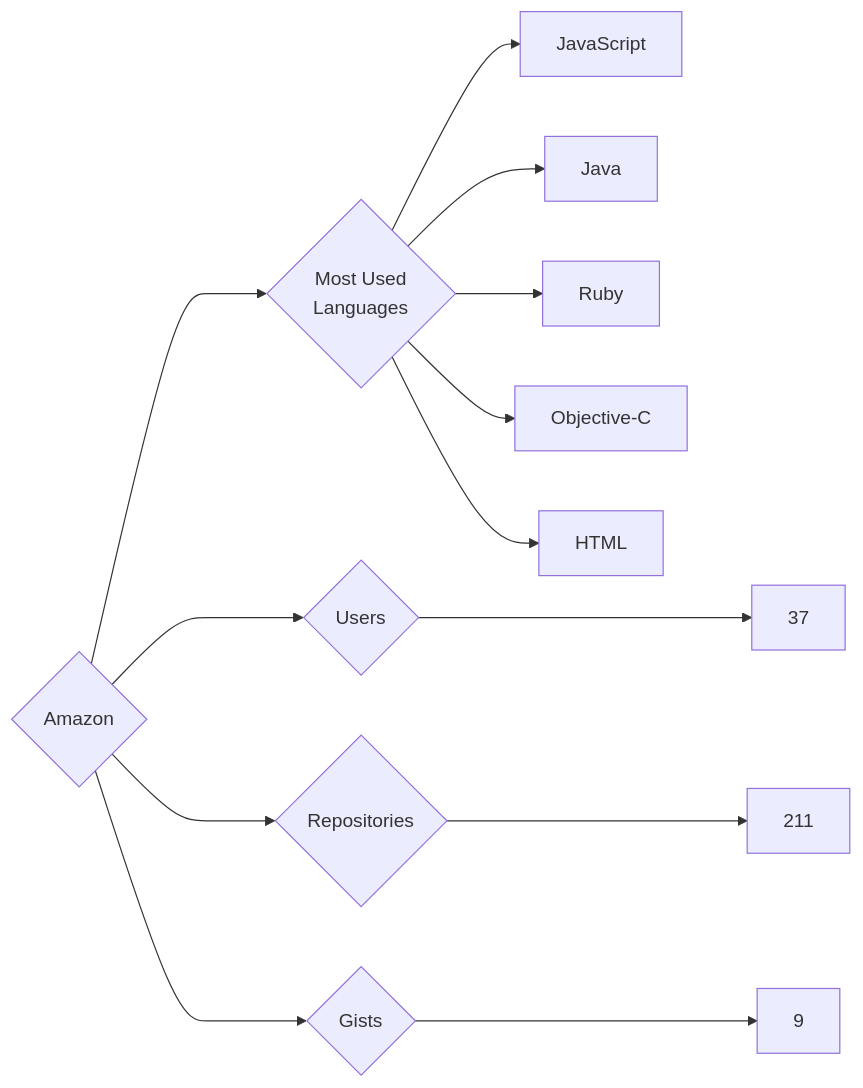
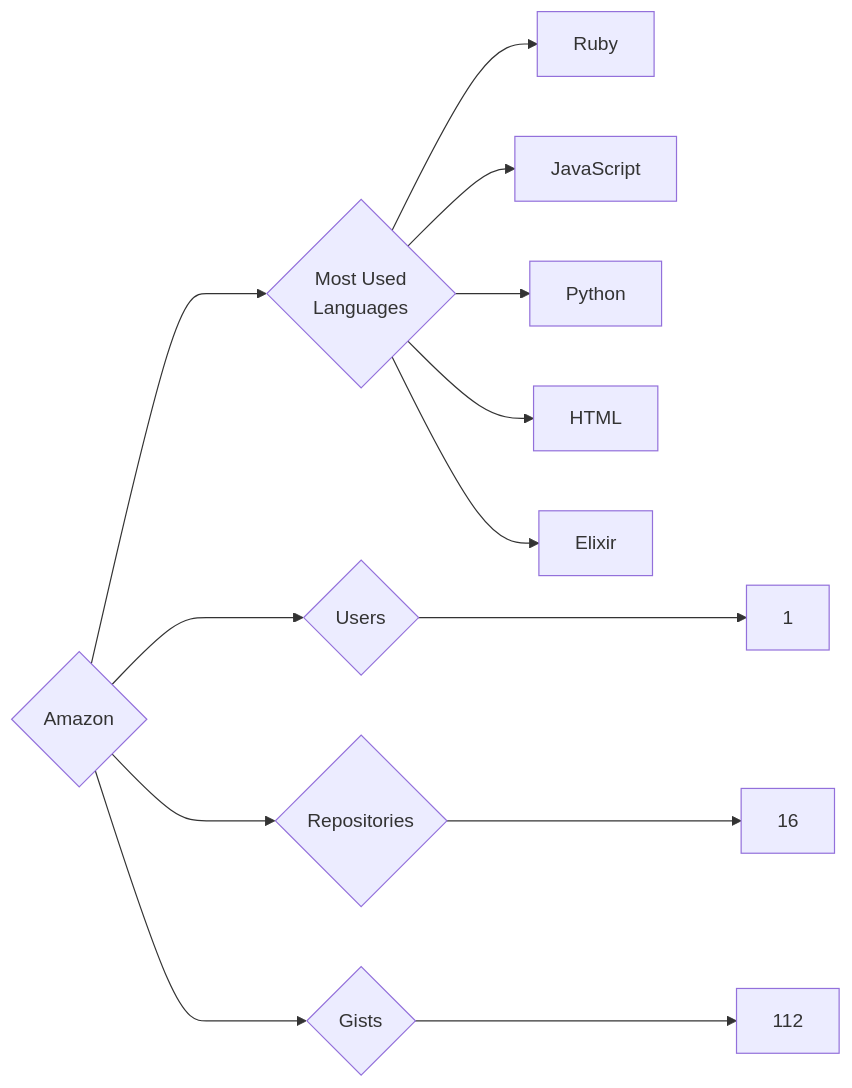
One commit to trickest/insiders changed the diagram in targets/Amazon/README.md. Above: the diagram before and after it, drawn with Mermaid. The commit also changed 927 other files, not shown here.

````diff
--- a/targets/Amazon/README.md
+++ b/targets/Amazon/README.md
@@ -3,13 +3,13 @@
 ```mermaid
 graph LR
 COMPANY_NAME{Amazon}
-COMPANY_NAME ---> U{Users} ---> UN[37]
-COMPANY_NAME ---> R{Repositories} ---> RN[211]
-COMPANY_NAME ---> G{Gists} ---> GN[9]
+COMPANY_NAME ---> U{Users} ---> UN[1]
+COMPANY_NAME ---> R{Repositories} ---> RN[16]
+COMPANY_NAME ---> G{Gists} ---> GN[112]
 COMPANY_NAME ---> ML{Most Used<br>Languages}
+ML --> Ruby[Ruby]
 ML --> JavaScript[JavaScript]
-ML --> Java[Java]
-ML --> Ruby[Ruby]
-ML --> Objective-C[Objective-C]
+ML --> Python[Python]
 ML --> HTML[HTML]
+ML --> Elixir[Elixir]
 ```
````
